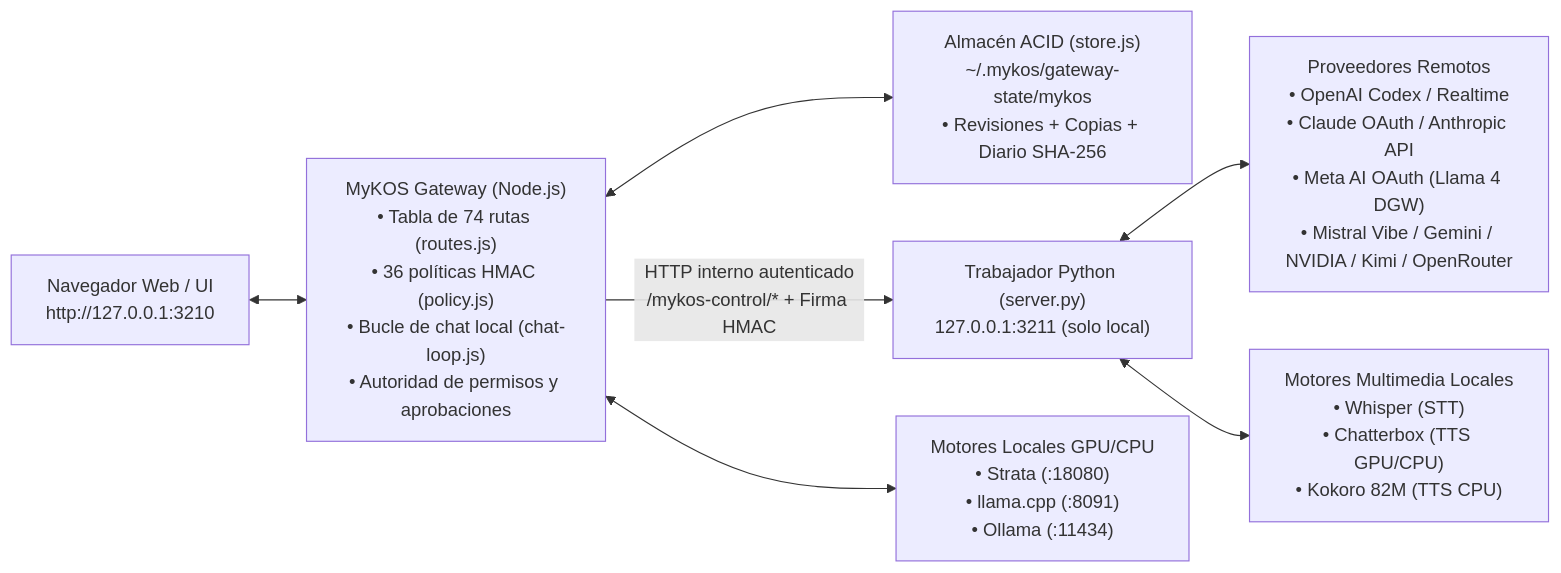
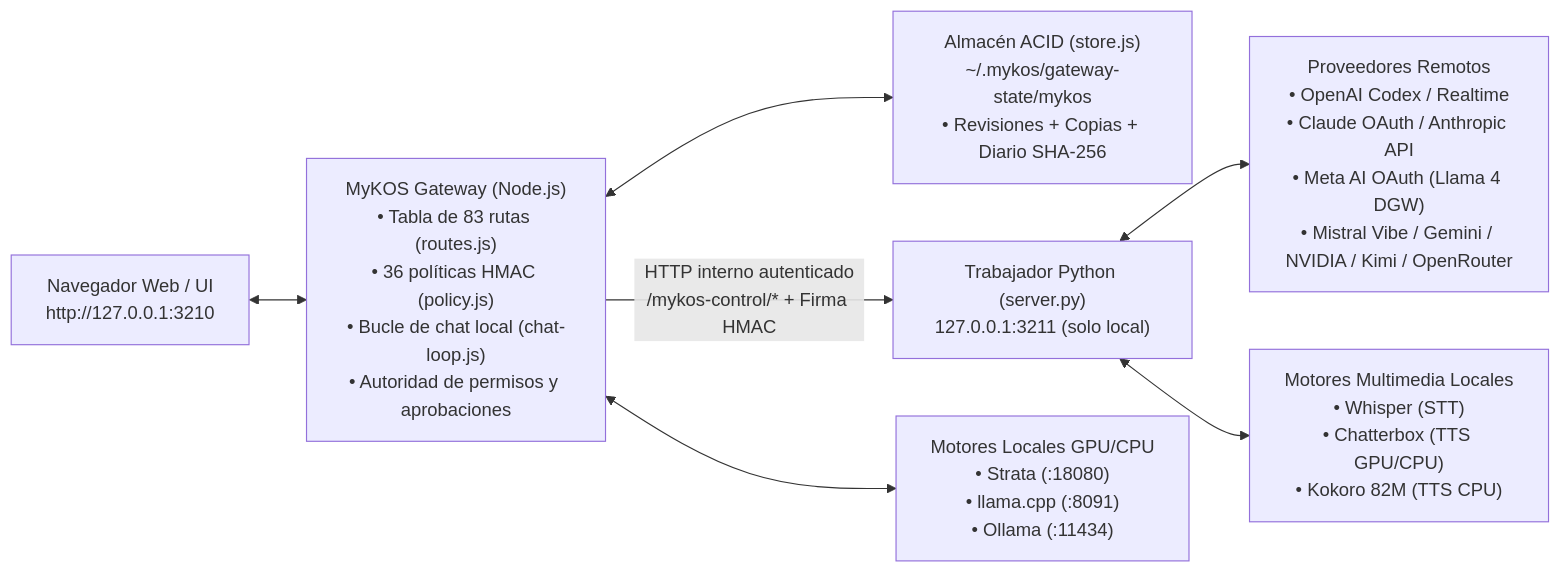
The diagram in README.md (eskib0/MyKOS), drawn with Mermaid before and after one commit. The commit also changed other lines of this file and 2 other files, not shown here.

Commit message:
docs & security: harmonize route counts to 83 and unify subprocess environment scrubbing

````diff
--- a/README.md
+++ b/README.md
@@ -60,9 +60,9 @@
 ```mermaid
 flowchart LR
-    Browser["Navegador Web / UI\nhttp://127.0.0.1:3210"] <--> Gateway["MyKOS Gateway (Node.js)\n• Tabla de 74 rutas (routes.js)\n• 36 políticas HMAC (policy.js)\n• Bucle de chat local (chat-loop.js)\n• Autoridad de permisos y aprobaciones"]
+    Browser["Navegador Web / UI\nhttp://127.0.0.1:3210"] <--> Gateway["MyKOS Gateway (Node.js)\n• Tabla de 83 rutas (routes.js)\n• 36 políticas HMAC (policy.js)\n• Bucle de chat local (chat-loop.js)\n• Autoridad de permisos y aprobaciones"]
     Gateway <--> Store["Almacén ACID (store.js)\n~/.mykos/gateway-state/mykos\n• Revisiones + Copias + Diario SHA-256"]
     Gateway -- "HTTP interno autenticado\n/mykos-control/* + Firma HMAC" --> Worker["Trabajador Python (server.py)\n127.0.0.1:3211 (solo local)"]
     Gateway <--> LocalEngines["Motores Locales GPU/CPU\n• Strata (:18080)\n• llama.cpp (:8091)\n• Ollama (:11434)"]
     Worker <--> CloudProviders["Proveedores Remotos\n• OpenAI Codex / Realtime\n• Claude OAuth / Anthropic API\n• Meta AI OAuth (Llama 4 DGW)\n• Mistral Vibe / Gemini / NVIDIA / Kimi / OpenRouter"]
     Worker <--> LocalVoice["Motores Multimedia Locales\n• Whisper (STT)\n• Chatterbox (TTS GPU/CPU)\n• Kokoro 82M (TTS CPU)"]
 ```
````
